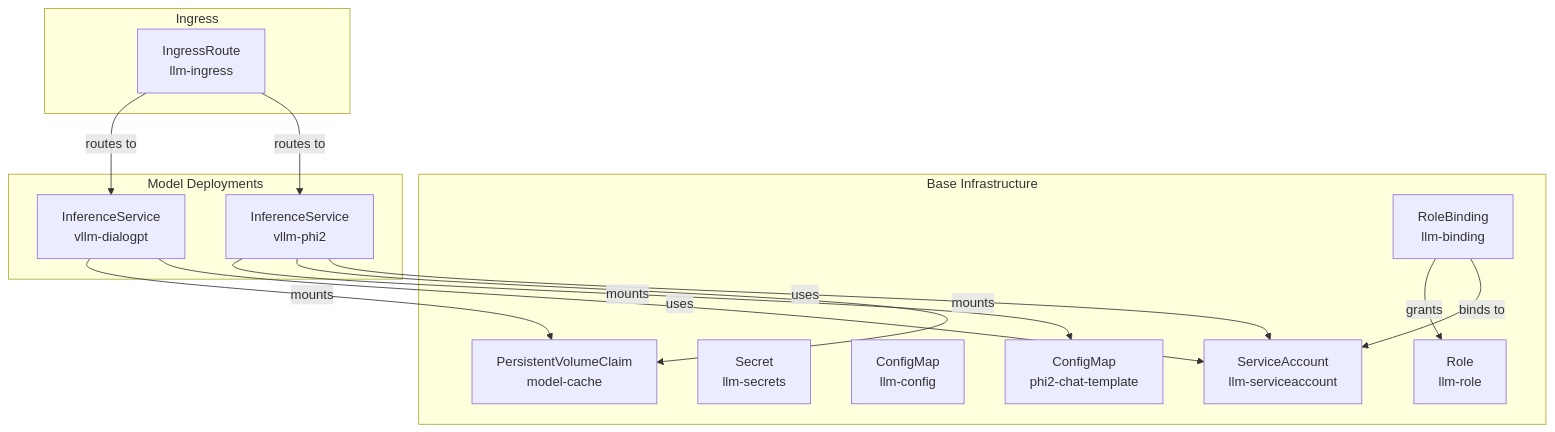
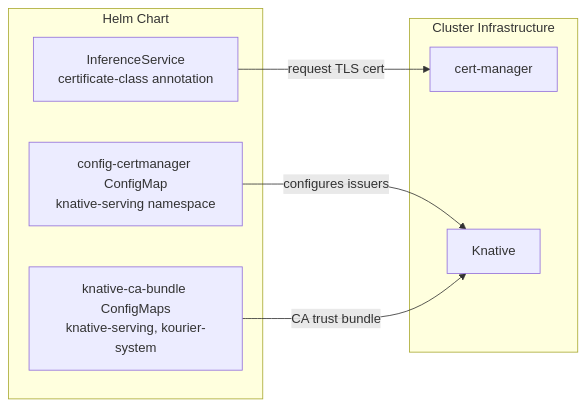
One commit to Dericko681/local-model-deployment changed the fifth of 5 diagrams in docs/architecture.md. Above: the diagram before and after it, drawn with Mermaid. The commit also changed other lines of this file and 7 other files, not shown here.

````diff
--- a/docs/architecture.md
+++ b/docs/architecture.md
@@ -467,31 +157,17 @@
 ```mermaid
-flowchart TB
-    subgraph BaseInfra["Base Infrastructure"]
-        SA["ServiceAccount<br/>llm-serviceaccount"]
-        S["Secret<br/>llm-secrets"]
-        C1["ConfigMap<br/>llm-config"]
-        C2["ConfigMap<br/>phi2-chat-template"]
-        PVC["PersistentVolumeClaim<br/>model-cache"]
-        R["Role<br/>llm-role"]
-        RB["RoleBinding<br/>llm-binding"]
+flowchart LR
+    subgraph Chart["Helm Chart"]
+        CC["config-certmanager ConfigMap<br/>knative-serving namespace"]
+        TB["knative-ca-bundle ConfigMaps<br/>knative-serving, kourier-system"]
+        IS["InferenceService<br/>certificate-class annotation"]
     end
 
-    subgraph Models["Model Deployments"]
-        IS1["InferenceService<br/>vllm-phi2"]
-        IS2["InferenceService<br/>vllm-dialogpt"]
+    subgraph Infra["Cluster Infrastructure"]
+        CM["cert-manager"]
+        KN["Knative"]
     end
 
-    subgraph Ingress["Ingress"]
-        IR["IngressRoute<br/>llm-ingress"]
-    end
-
-    RB -->|"binds to"| SA
-    RB -->|"grants"| R
-    IS1 -->|"uses"| SA
-    IS1 -->|"mounts"| PVC
-    IS1 -->|"mounts"| C2
-    IS2 -->|"uses"| SA
-    IS2 -->|"mounts"| PVC
-    IR -->|"routes to"| IS1
-    IR -->|"routes to"| IS2
+    CC -->|"configures issuers"| KN
+    TB -->|"CA trust bundle"| KN
+    IS -->|"request TLS cert"| CM
 ```
````
